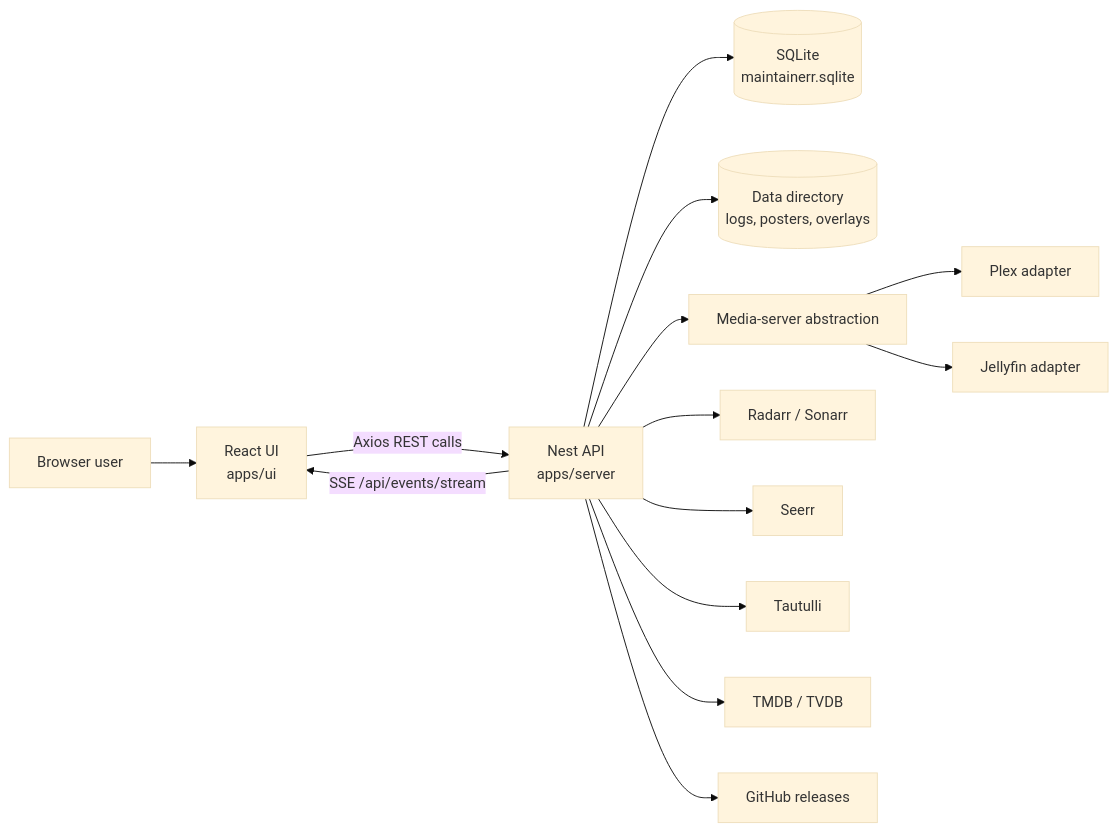
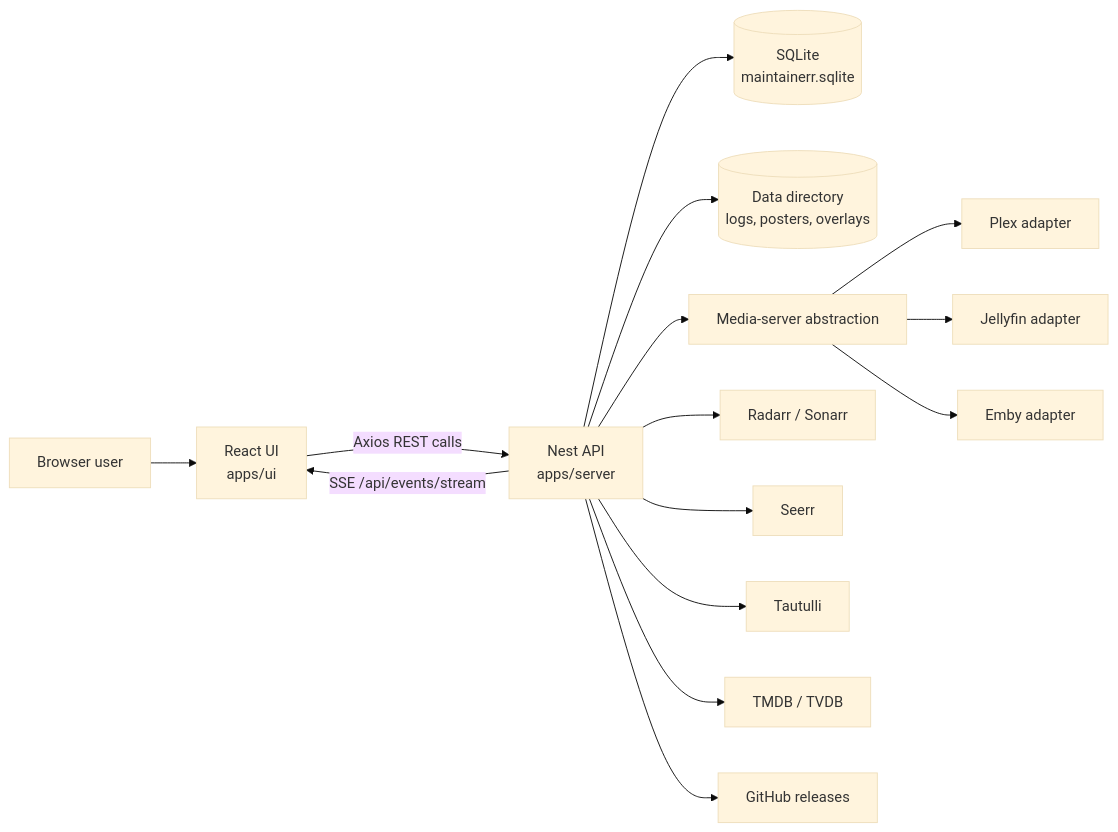
Before and after one commit to Maintainerr/Maintainerr: the diagram in ARCHITECTURE.md, drawn with Mermaid (base theme). The commit also changed other lines of this file and 44 other files, not shown here.

First line of the commit message:
feat(media-server): add Emby as a third supported media server

````diff
--- a/ARCHITECTURE.md
+++ b/ARCHITECTURE.md
@@ -36,16 +36,17 @@
 ```mermaid
 flowchart LR
   User["Browser user"] --> UI["React UI<br/>apps/ui"]
   UI -->|"Axios REST calls"| API["Nest API<br/>apps/server"]
   API -->|"SSE /api/events/stream"| UI
   API --> DB[("SQLite<br/>maintainerr.sqlite")]
   API --> Data[("Data directory<br/>logs, posters, overlays")]
   API --> Media["Media-server abstraction"]
   Media --> Plex["Plex adapter"]
   Media --> Jellyfin["Jellyfin adapter"]
+  Media --> Emby["Emby adapter"]
   API --> Servarr["Radarr / Sonarr"]
   API --> Seerr["Seerr"]
   API --> Tautulli["Tautulli"]
   API --> Metadata["TMDB / TVDB"]
   API --> GitHub["GitHub releases"]
 ```
````
